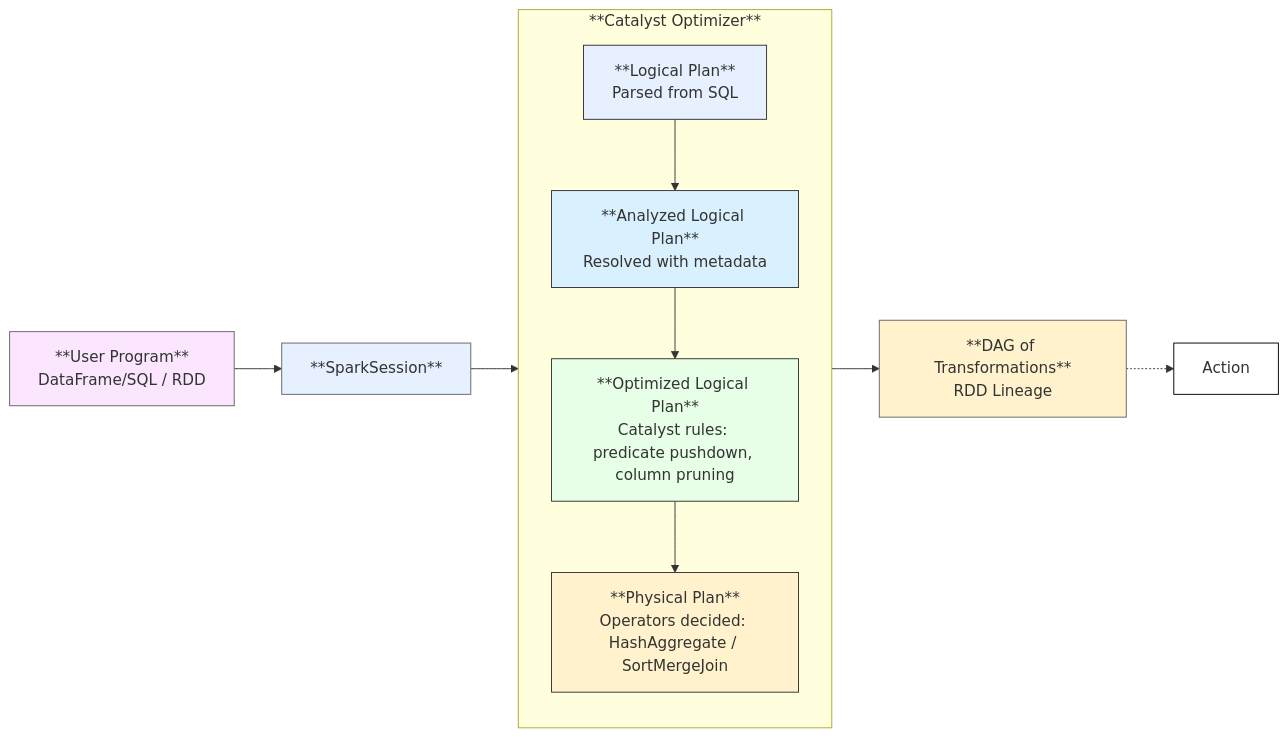
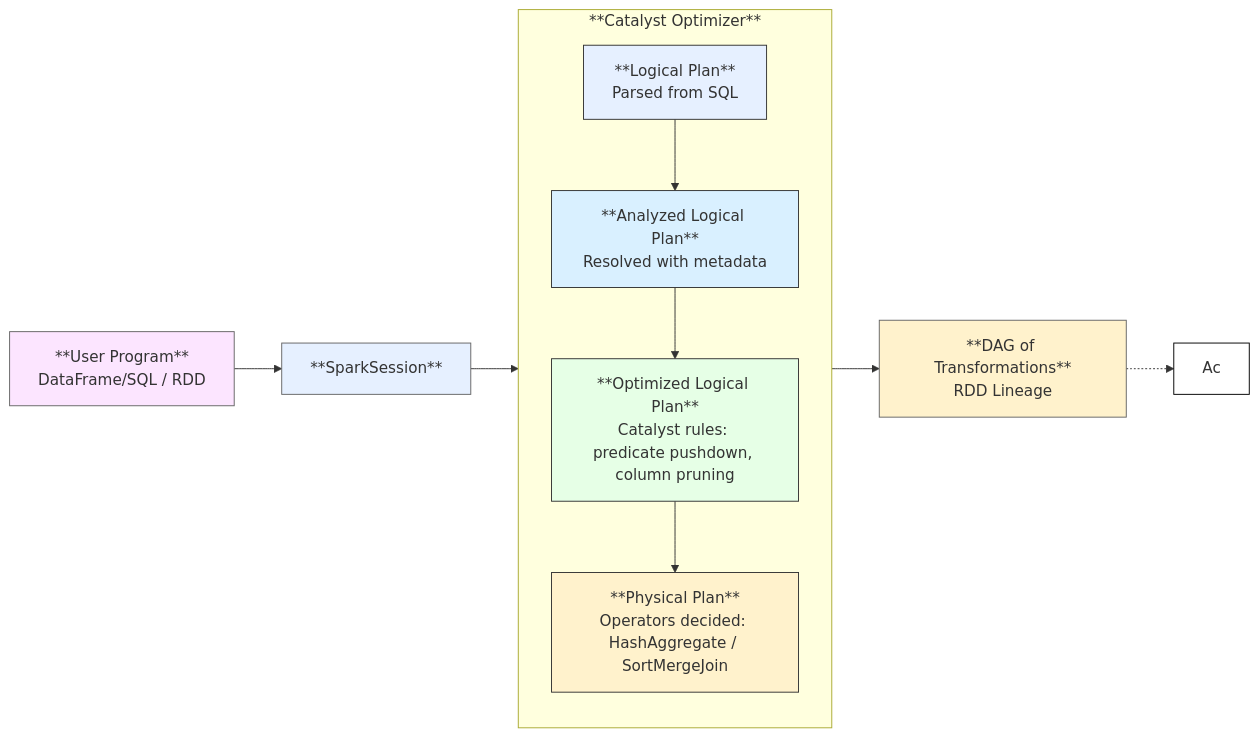
Before and after one commit to blaire101/Spark-Journey-2025: the first of 14 diagrams in README.md, drawn with Mermaid.

````diff
--- a/README.md
+++ b/README.md
@@ -35,41 +35,41 @@
 ```mermaid
 flowchart LR
     A[**User Program**<br/>DataFrame/SQL / RDD] --> B[**SparkSession**]
 
     %% Catalyst Optimizer subgraph
     subgraph C[**Catalyst Optimizer**]
         direction TB
         C1[**Logical Plan**<br/>Parsed from SQL]
         C2[**Analyzed Logical Plan**<br/>Resolved with metadata]
         C3[**Optimized Logical Plan**<br/>Catalyst rules: predicate pushdown, column pruning]
         C4[**Physical Plan**<br/>Operators decided: HashAggregate / SortMergeJoin]
 
         C1 --> C2 --> C3 --> C4
     end
 
     B --> C1
     C4 --> X[**DAG of Transformations**<br/>RDD Lineage]
 
-    X -.-> Y[Action]
+    X -.-> Y[Ac]
 
     %% === Color classes ===
     classDef user fill:#fce5ff,stroke:#666,stroke-width:1px;
     classDef context fill:#e6f0ff,stroke:#666,stroke-width:1px;
     classDef logical fill:#e6f0ff,stroke:#333,stroke-width:1px;
     classDef analyzed fill:#d9f0ff,stroke:#333,stroke-width:1px;
     classDef optimized fill:#e6ffe6,stroke:#333,stroke-width:1px;
     classDef physical fill:#fff2cc,stroke:#333,stroke-width:1px;
     classDef dag fill:#fff2cc,stroke:#666,stroke-width:1px;
 
     %% Assign styles
     class A user;
     class B context;
     class C1 logical;
     class C2 analyzed;
     class C3 optimized;
     class C4 physical;
     class X dag;
 
     %% Make Action node black & white
     style Y fill:#ffffff,stroke:#000000,stroke-width:1px;
 ```
````
